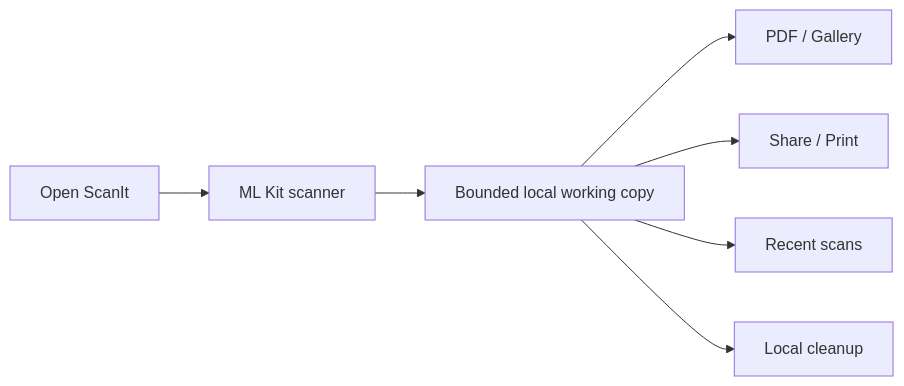
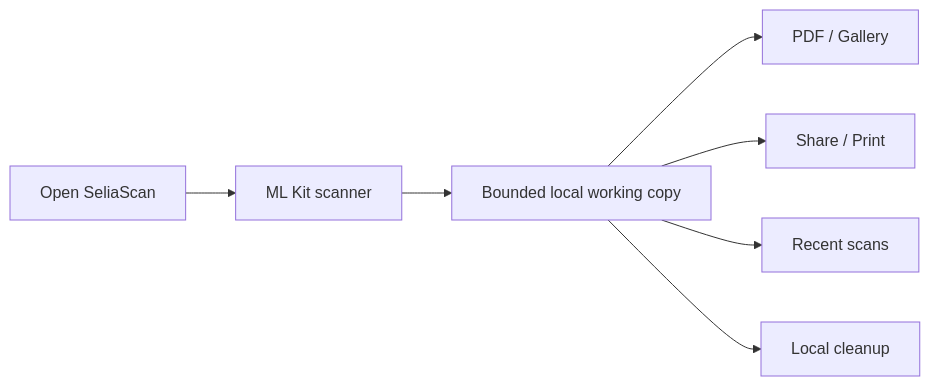
The diagram in README.md (Majkey25/ScanIt), drawn with Mermaid before and after one commit. The commit also changed other lines of this file and 35 other files, not shown here.

Commit message:
feat: rebrand app as SeliaScan

````diff
--- a/README.md
+++ b/README.md
@@ -159,9 +161,9 @@
 ```mermaid
 flowchart LR
-    A["Open ScanIt"] --> B["ML Kit scanner"]
+    A["Open SeliaScan"] --> B["ML Kit scanner"]
     B --> C["Bounded local working copy"]
     C --> D["PDF / Gallery"]
     C --> E["Share / Print"]
     C --> F["Recent scans"]
     C --> G["Local cleanup"]
 ```
````
